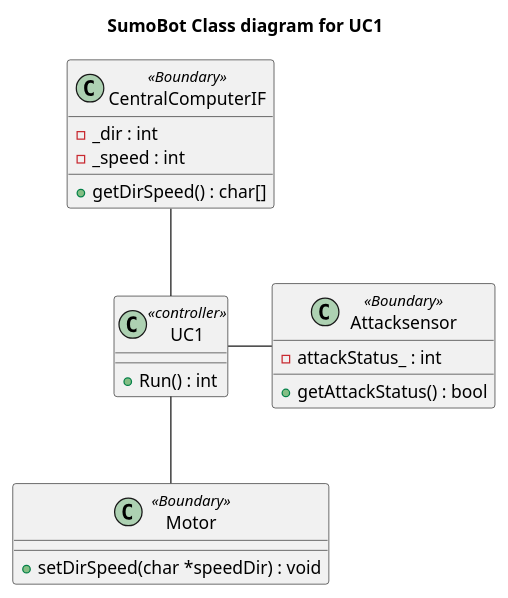
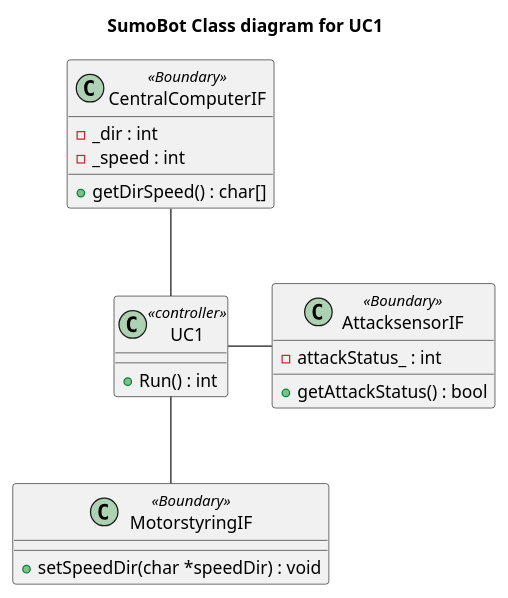
Before and after one commit to Solvgraa-mager/E3PRJ3: the diagram in Diagrammer/SumoBot/Classdiagram/SumoBot_ClassDiagram/SumoBot_ClassDiagram.plantuml, drawn with PlantUML. The commit also changed 1 other file, not shown here.

```diff
--- a/Diagrammer/SumoBot/Classdiagram/SumoBot_ClassDiagram/SumoBot_ClassDiagram.plantuml
+++ b/Diagrammer/SumoBot/Classdiagram/SumoBot_ClassDiagram/SumoBot_ClassDiagram.plantuml
@@ -1,27 +1,27 @@
 @startuml
 title SumoBot Class diagram for UC1
 
 
 class UC1 <<controller>>{
     +Run() : int
 }
 
-class Attacksensor<<Boundary>>{
+class AttacksensorIF<<Boundary>>{
     -attackStatus_ : int
     +getAttackStatus() : bool 
 }
 
-class Motor <<Boundary>>{
-    +setDirSpeed(char *speedDir) : void
+class MotorstyringIF <<Boundary>>{
+    +setSpeedDir(char *speedDir) : void
 }
 class CentralComputerIF <<Boundary>>{
     -_dir : int
     -_speed : int
     +getDirSpeed() : char[]
 }
 
 CentralComputerIF -- UC1
-UC1 -- Motor
-UC1 - Attacksensor
+UC1 -- MotorstyringIF
+UC1 - AttacksensorIF
 
 @enduml
```
